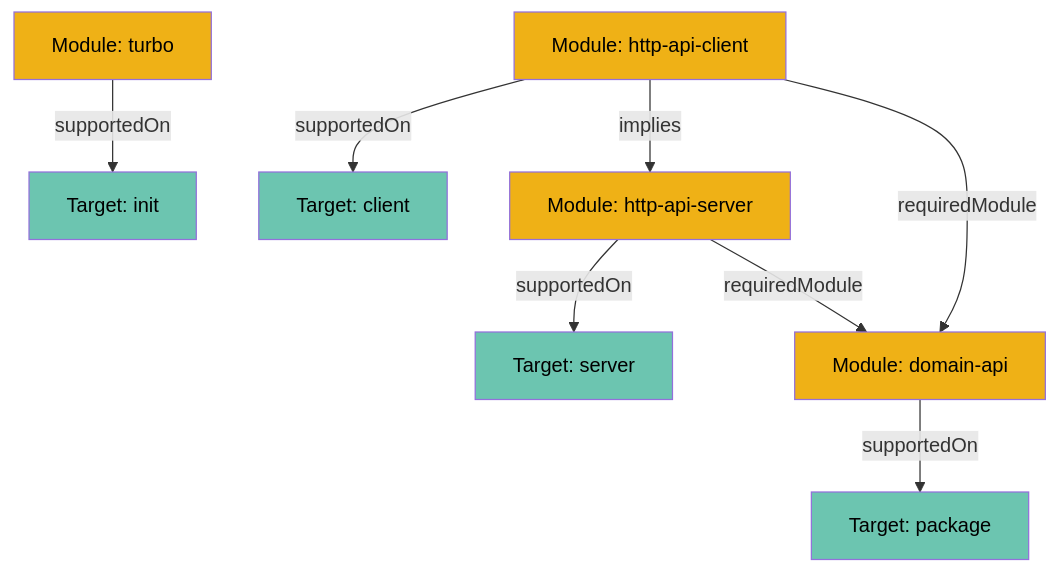
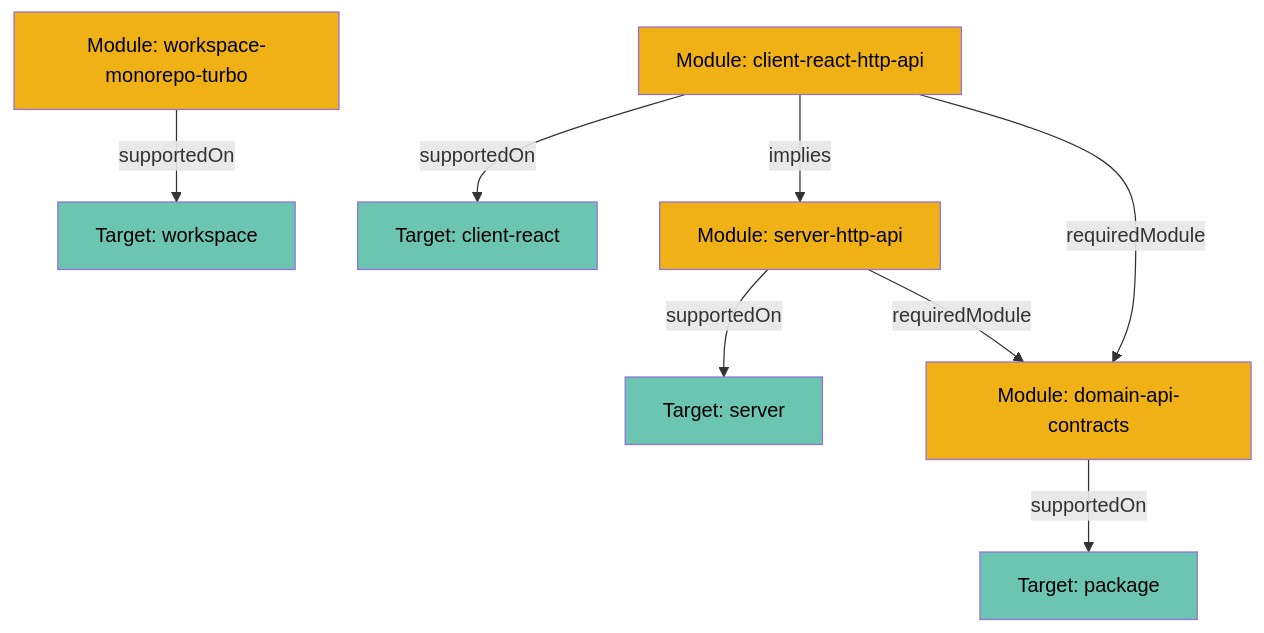
The second of 3 diagrams in .docs/architecture/catalog-architecture.md (lloydrichards/stack-effect), drawn with Mermaid before and after one commit. The commit also changed other lines of this file and 11 other files, not shown here.

````diff
--- a/.docs/architecture/catalog-architecture.md
+++ b/.docs/architecture/catalog-architecture.md
@@ -156,22 +158,22 @@
 ```mermaid
 graph TB
   classDef target fill:#6cc5b0,color:#000
   classDef module fill:#efb116,color:#000
 
-  T1[Target: init]:::target
-  T2[Target: client]:::target
+  T1[Target: workspace]:::target
+  T2[Target: client-react]:::target
   T3[Target: server]:::target
   T4[Target: package]:::target
-  M1[Module: turbo]:::module
-  M2[Module: http-api-client]:::module
-  M3[Module: http-api-server]:::module
-  M4[Module: domain-api]:::module
+  M1[Module: workspace-monorepo-turbo]:::module
+  M2[Module: client-react-http-api]:::module
+  M3[Module: server-http-api]:::module
+  M4[Module: domain-api-contracts]:::module
 
   M1 -->|supportedOn| T1
   M2 -->|supportedOn| T2
   M3 -->|supportedOn| T3
   M4 -->|supportedOn| T4
   M2 -->|implies| M3
   M3 -->|requiredModule| M4
   M2 -->|requiredModule| M4
 ```
````
